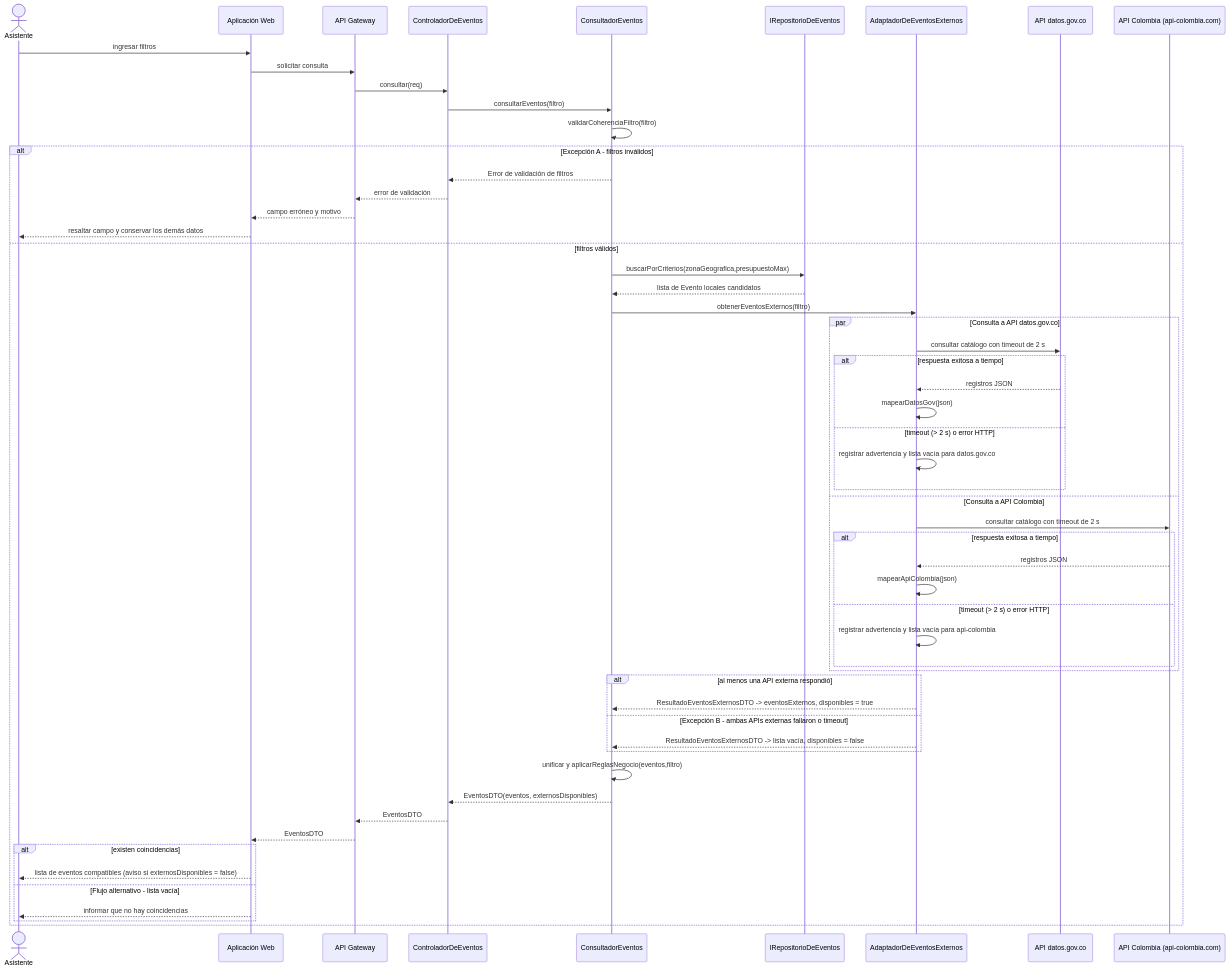
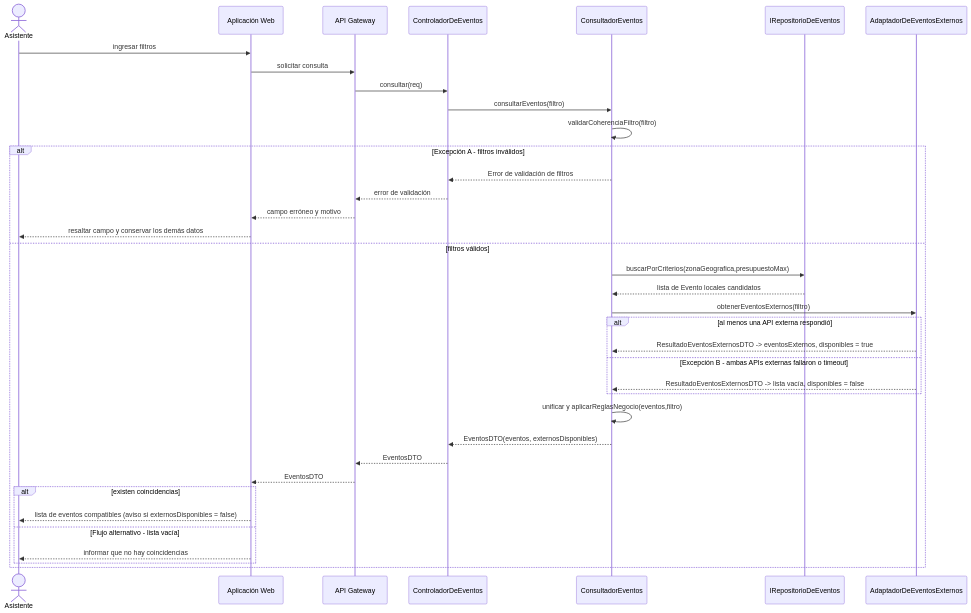
Before and after one commit to ProyectPlanning/Sistema_de_eventos: the first of 3 diagrams in Docs/Design/Diseño de Datos e Interacción 02.md, drawn with Mermaid.

Commit message:
Quitando API's de diagrama 1.1
Removed references to external APIs and their timeout handling.

````diff
--- a/Docs/Design/Diseño de Datos e Interacción 02.md
+++ b/Docs/Design/Diseño de Datos e Interacción 02.md
@@ -24,67 +24,50 @@
 ```mermaid
 sequenceDiagram
     actor U as Asistente
     participant WEB as Aplicación Web
     participant GW as API Gateway
     participant CE as ControladorDeEventos
     participant CO as ConsultadorEventos
     participant REP as IRepositorioDeEventos
     participant EXT as AdaptadorDeEventosExternos
-    participant GOV as API datos.gov.co
-    participant COL as API Colombia (api-colombia.com)
 
     U->>WEB: ingresar filtros
     WEB->>GW: solicitar consulta 
     GW->>CE: consultar(req)
     CE->>CO: consultarEventos(filtro)
     CO->>CO: validarCoherenciaFiltro(filtro)
 
     alt Excepción A - filtros inválidos
         CO-->>CE: Error de validación de filtros
         CE-->>GW: error de validación
         GW-->>WEB: campo erróneo y motivo
         WEB-->>U: resaltar campo y conservar los demás datos
     else filtros válidos
         CO->>REP: buscarPorCriterios(zonaGeografica,presupuestoMax)
         REP-->>CO: lista de Evento locales candidatos
         CO->>EXT: obtenerEventosExternos(filtro)
 
-        par Consulta a API datos.gov.co 
-            EXT->>GOV: consultar catálogo con timeout de 2 s
-            alt respuesta exitosa a tiempo
-                GOV-->>EXT: registros JSON 
-                EXT->>EXT: mapearDatosGov(json)
-            else timeout (> 2 s) o error HTTP
-                EXT->>EXT: registrar advertencia y lista vacía para datos.gov.co
-            end
-        and Consulta a API Colombia 
-            EXT->>COL: consultar catálogo con timeout de 2 s
-            alt respuesta exitosa a tiempo
-                COL-->>EXT: registros JSON
-                EXT->>EXT: mapearApiColombia(json)
-            else timeout (> 2 s) o error HTTP
-                EXT->>EXT: registrar advertencia y lista vacía para api-colombia
-            end
-        end
+
+
 
         alt al menos una API externa respondió
             EXT-->>CO: ResultadoEventosExternosDTO -> eventosExternos, disponibles = true
         else Excepción B - ambas APIs externas fallaron o timeout
             EXT-->>CO: ResultadoEventosExternosDTO -> lista vacía, disponibles = false
         end
 
         
 
 
 
         CO->>CO: unificar y aplicarReglasNegocio(eventos,filtro)
         CO-->>CE: EventosDTO(eventos, externosDisponibles)
         CE-->>GW: EventosDTO
         GW-->>WEB: EventosDTO
         alt existen coincidencias
             WEB-->>U: lista de eventos compatibles (aviso si externosDisponibles = false)
         else Flujo alternativo - lista vacía
             WEB-->>U: informar que no hay coincidencias
         end
     end
 ```
````
